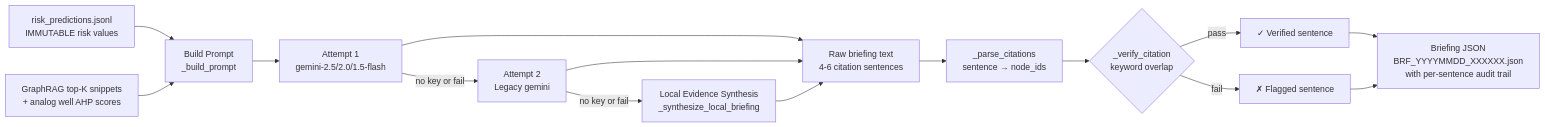
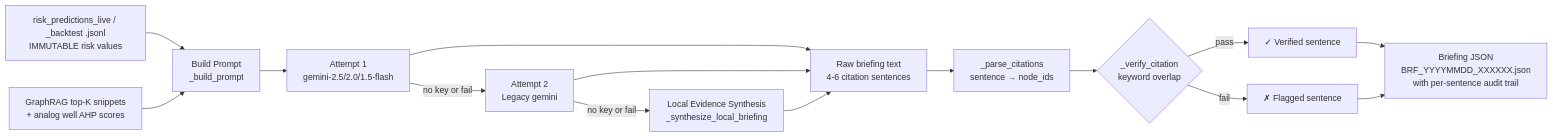
One commit to n3ssdub3y/SIH_2026_PLANNS changed diagram 12 of 16 in ARCHITECTURE.md. Above: the diagram before and after it, drawn with Mermaid. The commit also changed other lines of this file and 23 other files, not shown here.

````diff
--- a/ARCHITECTURE.md
+++ b/ARCHITECTURE.md
@@ -760,14 +771,14 @@
 ```mermaid
 flowchart LR
-    M3_RISK["risk_predictions.jsonl\nIMMUTABLE risk values"] --> PROMPT
+    M3_RISK["risk_predictions_live / _backtest .jsonl\nIMMUTABLE risk values"] --> PROMPT
     RAG_RESULTS["GraphRAG top-K snippets\n+ analog well AHP scores"] --> PROMPT
     PROMPT["Build Prompt\n_build_prompt"] --> ATTEMPT1["Attempt 1\ngemini-2.5/2.0/1.5-flash"]
     ATTEMPT1 -->|"no key or fail"| ATTEMPT2["Attempt 2\nLegacy gemini"]
     ATTEMPT2 -->|"no key or fail"| LOCAL["Local Evidence Synthesis\n_synthesize_local_briefing"]
     ATTEMPT1 & ATTEMPT2 & LOCAL --> RAW["Raw briefing text\n4-6 citation sentences"]
     RAW --> PARSE["_parse_citations\nsentence → node_ids"]
     PARSE --> VERIFY{"_verify_citation\nkeyword overlap"}
     VERIFY -->|"pass"| PASS["✓ Verified sentence"]
     VERIFY -->|"fail"| FAIL["✗ Flagged sentence"]
     PASS & FAIL --> BRF["Briefing JSON\nBRF_YYYYMMDD_XXXXXX.json\nwith per-sentence audit trail"]
 ```
````
